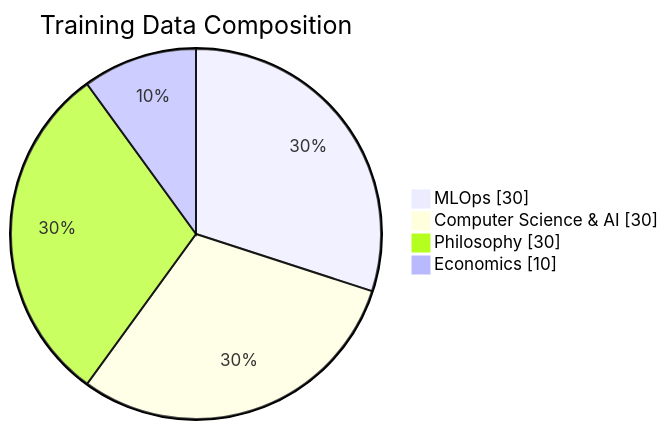
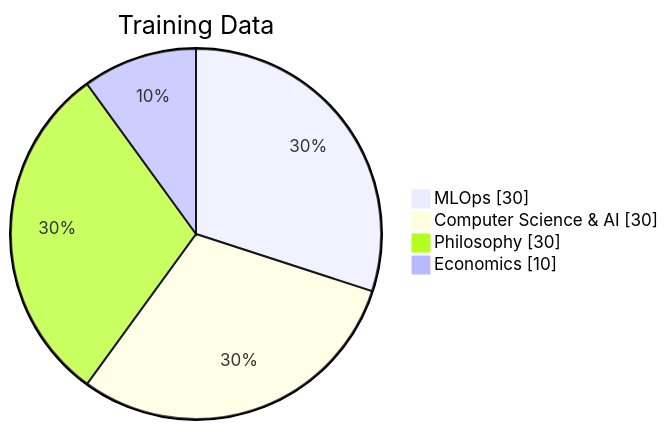
One commit to joshuaA236/joshuaA236 changed the first of 5 diagrams in README.md. Above: the diagram before and after it, drawn with Mermaid. The commit also changed other lines of this file, not shown here.

````diff
--- a/README.md
+++ b/README.md
@@ -19,8 +19,8 @@
 ```mermaid 
 pie showData
-    title Training Data Composition
+    title Training Data
     "MLOps" : 30
     "Computer Science & AI" : 30
     "Philosophy" : 30
     "Economics" : 10
 ```
````
